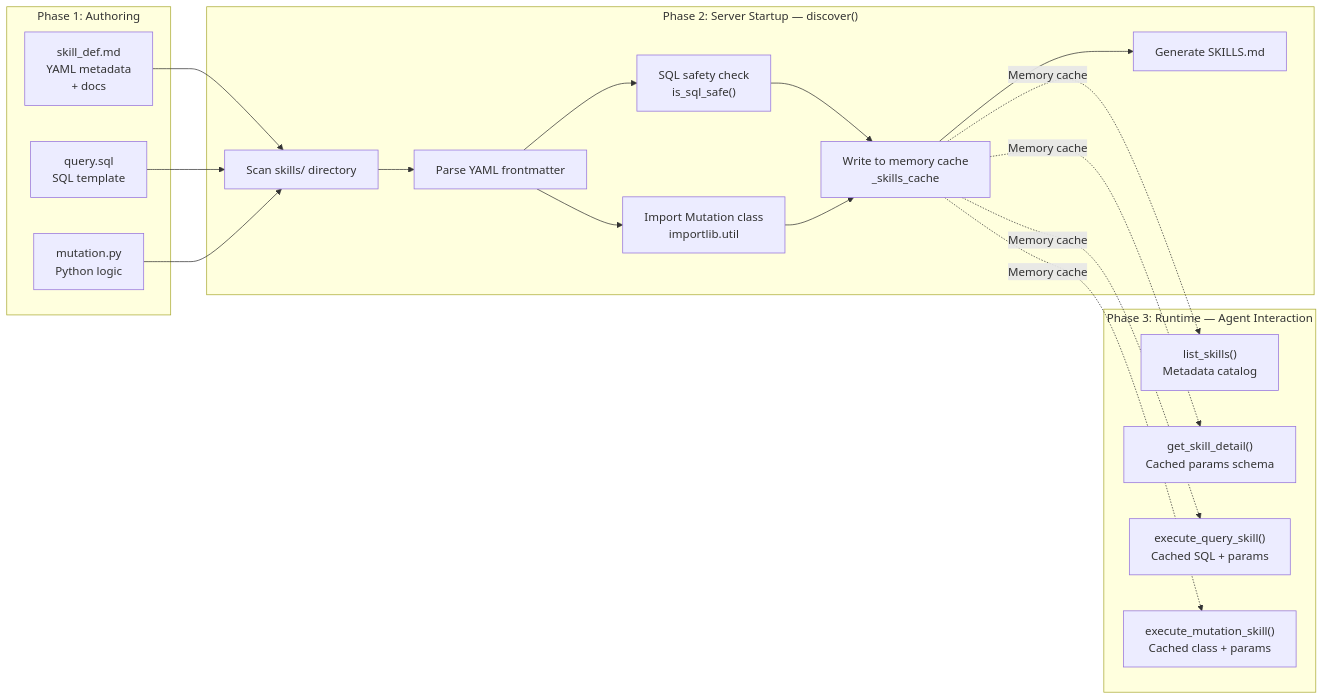
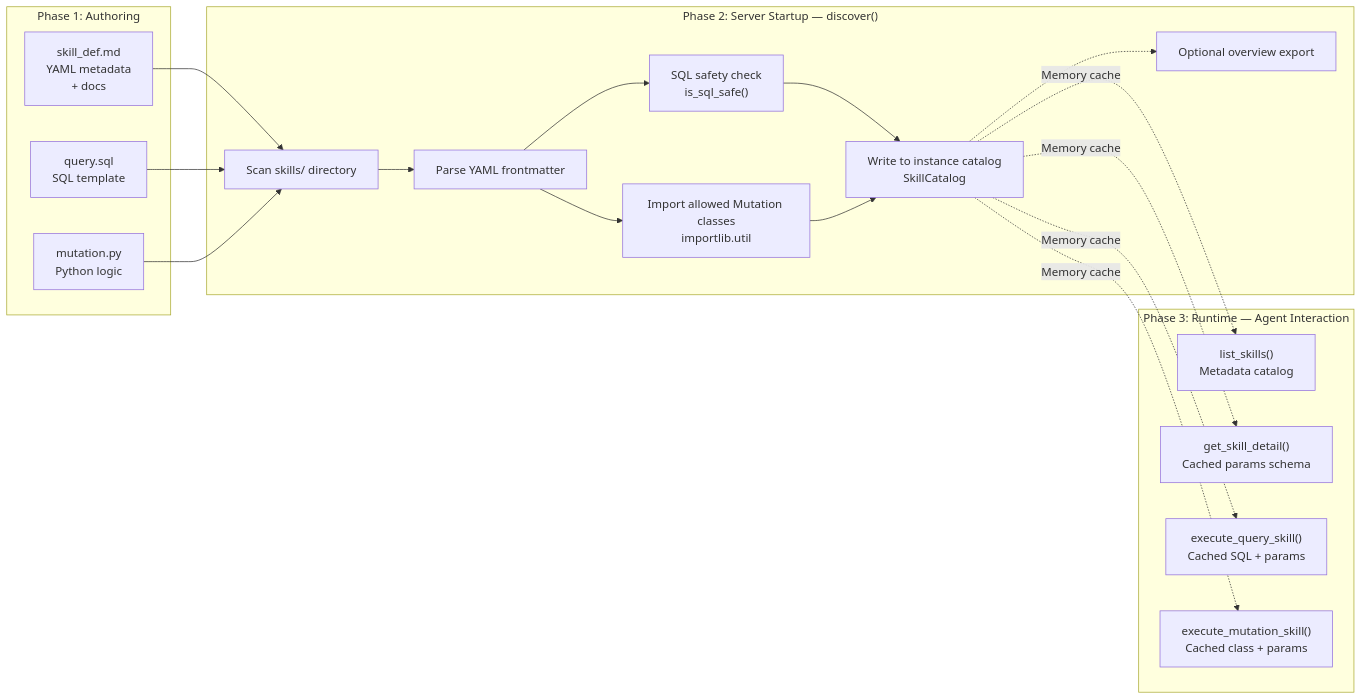
One commit to Firstmeridian/llm-sql-safety-executor-mcp changed the second of 3 diagrams in README.md. Above: the diagram before and after it, drawn with Mermaid. The commit also changed other lines of this file and 271 other files, not shown here.

````diff
--- a/README.md
+++ b/README.md
@@ -2172,33 +2142,33 @@
 ```mermaid
 flowchart LR
     subgraph Author["Phase 1: Authoring"]
         D1["skill_def.md\nYAML metadata\n+ docs"]
         D2["query.sql\nSQL template"]
         D3["mutation.py\nPython logic"]
     end
 
     subgraph Startup["Phase 2: Server Startup — discover()"]
         S1["Scan skills/ directory"]
         S2["Parse YAML frontmatter"]
         S3["SQL safety check\nis_sql_safe()"]
-        S4["Import Mutation class\nimportlib.util"]
-        S5["Write to memory cache\n_skills_cache"]
-        S6["Generate SKILLS.md"]
+        S4["Import allowed Mutation classes\nimportlib.util"]
+        S5["Write to instance catalog\nSkillCatalog"]
+        S6["Optional overview export"]
     end
 
     subgraph Runtime["Phase 3: Runtime — Agent Interaction"]
         R1["list_skills()\nMetadata catalog"]
         R2["get_skill_detail()\nCached params schema"]
         R3["execute_query_skill()\nCached SQL + params"]
         R4["execute_mutation_skill()\nCached class + params"]
     end
 
     D1 --> S1
     D2 --> S1
     D3 --> S1
     S1 --> S2 --> S3 & S4
     S3 --> S5
     S4 --> S5
-    S5 --> S6
+    S5 -.-> S6
     S5 -.->|"Memory cache"| R1 & R2 & R3 & R4
 ```
````
